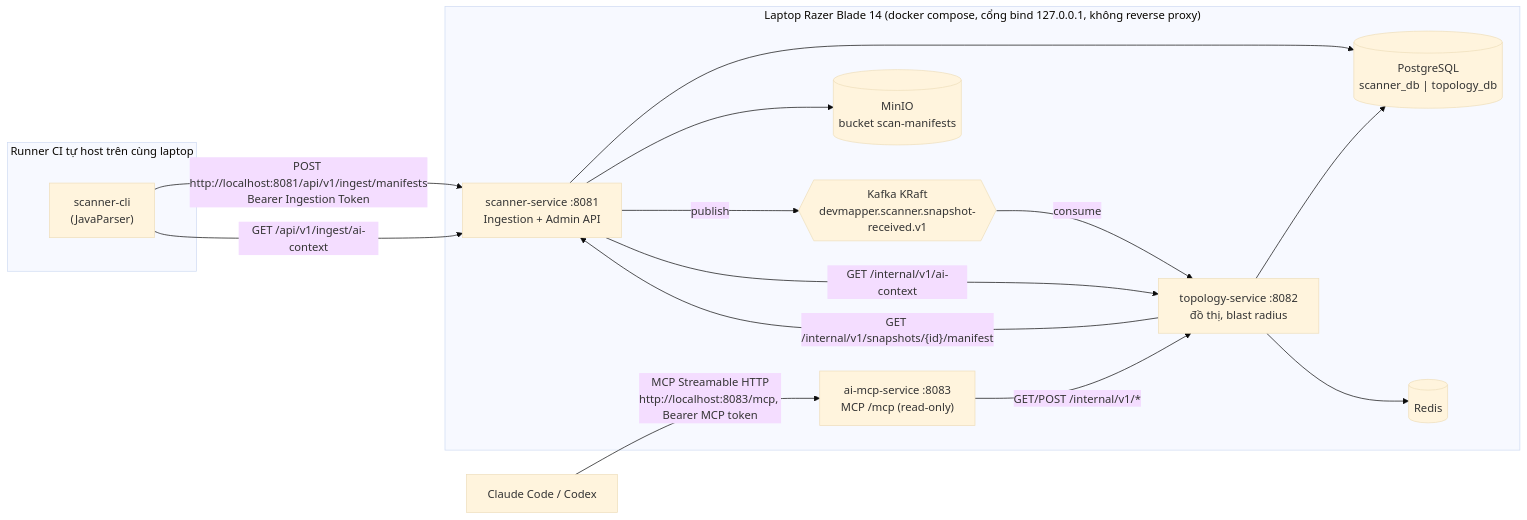
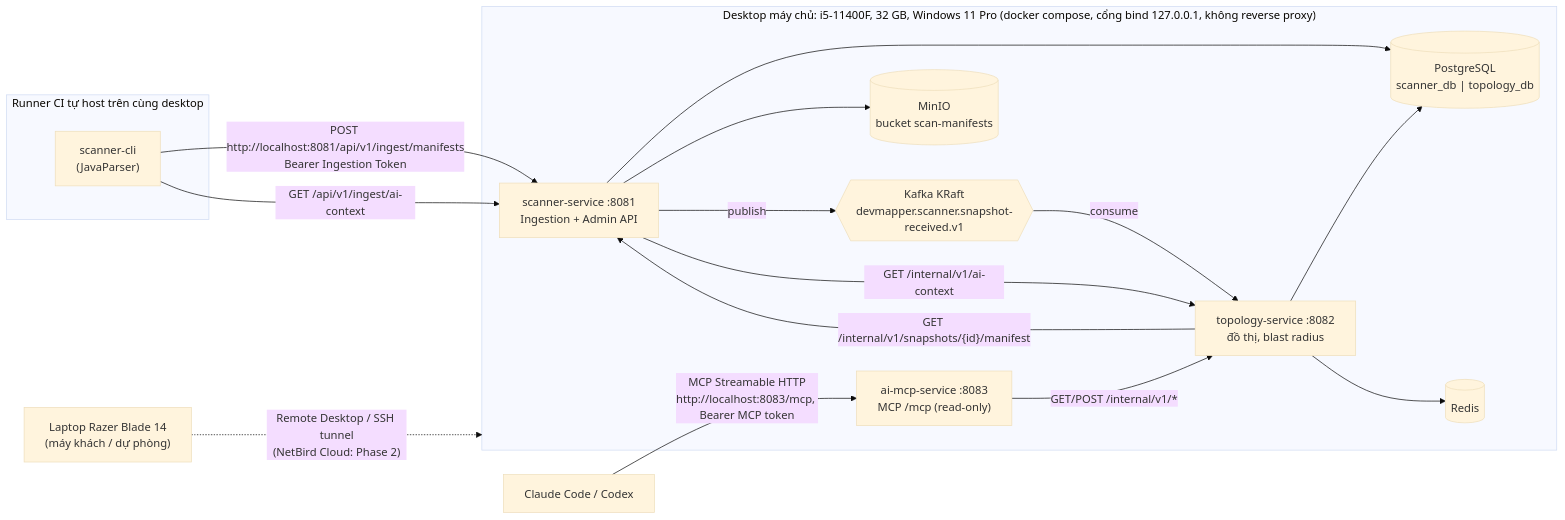
The diagram in markdown/PLAN.md (PhamHongPhuc777/DevMapper), drawn with Mermaid (base theme) before and after one commit. The commit also changed other lines of this file and 3 other files, not shown here.

Commit message:
Docs: duyệt lại kế hoạch MVP lần 2 (desktop host, phân trang theo kiểu dữ liệu, M5, CI), thêm from/to cho listSnapshots

````diff
--- a/markdown/PLAN.md
+++ b/markdown/PLAN.md
@@ -36,29 +36,31 @@
 ```mermaid
 flowchart LR
-  subgraph CI["Runner CI tự host trên cùng laptop"]
+  subgraph CI["Runner CI tự host trên cùng desktop"]
     CLI["scanner-cli<br/>(JavaParser)"]
   end
-  subgraph Host["Laptop Razer Blade 14 (docker compose, cổng bind 127.0.0.1, không reverse proxy)"]
+  subgraph Host["Desktop máy chủ: i5-11400F, 32 GB, Windows 11 Pro (docker compose, cổng bind 127.0.0.1, không reverse proxy)"]
     SS["scanner-service :8081<br/>Ingestion + Admin API"]
     TS["topology-service :8082<br/>đồ thị, blast radius"]
     MCP["ai-mcp-service :8083<br/>MCP /mcp (read-only)"]
     PG[("PostgreSQL<br/>scanner_db | topology_db")]
     RD[("Redis")]
     MN[("MinIO<br/>bucket scan-manifests")]
     KF{{"Kafka KRaft<br/>devmapper.scanner.snapshot-received.v1"}}
   end
   AG["Claude Code / Codex"]
+  LP["Laptop Razer Blade 14<br/>(máy khách / dự phòng)"]
+  LP -. "Remote Desktop / SSH tunnel<br/>(NetBird Cloud: Phase 2)" .-> Host
 
   CLI -- "POST http://localhost:8081/api/v1/ingest/manifests<br/>Bearer Ingestion Token" --> SS
   CLI -- "GET /api/v1/ingest/ai-context" --> SS
   SS --> PG
   SS --> MN
   SS -- publish --> KF
   KF -- consume --> TS
   TS -- "GET /internal/v1/snapshots/{id}/manifest" --> SS
   SS -- "GET /internal/v1/ai-context" --> TS
   TS --> PG
   TS --> RD
   MCP -- "GET/POST /internal/v1/*" --> TS
   AG -- "MCP Streamable HTTP<br/>http://localhost:8083/mcp, Bearer MCP token" --> MCP
 ```
````
